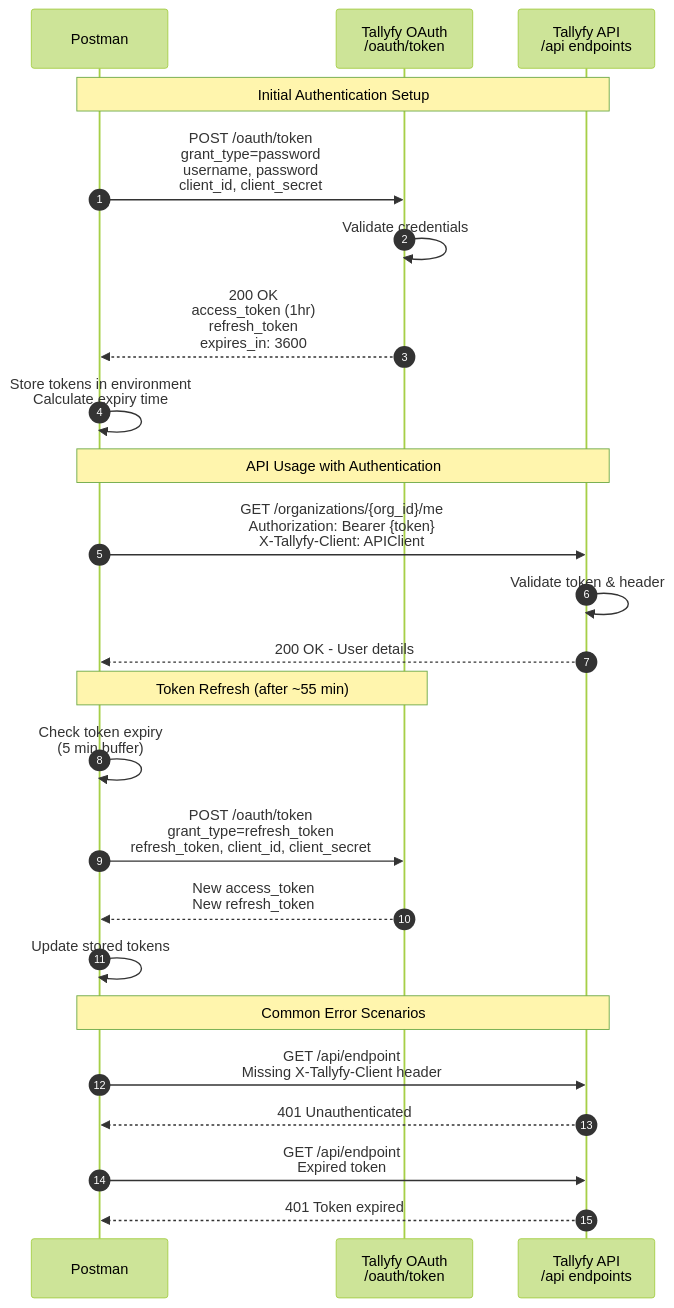
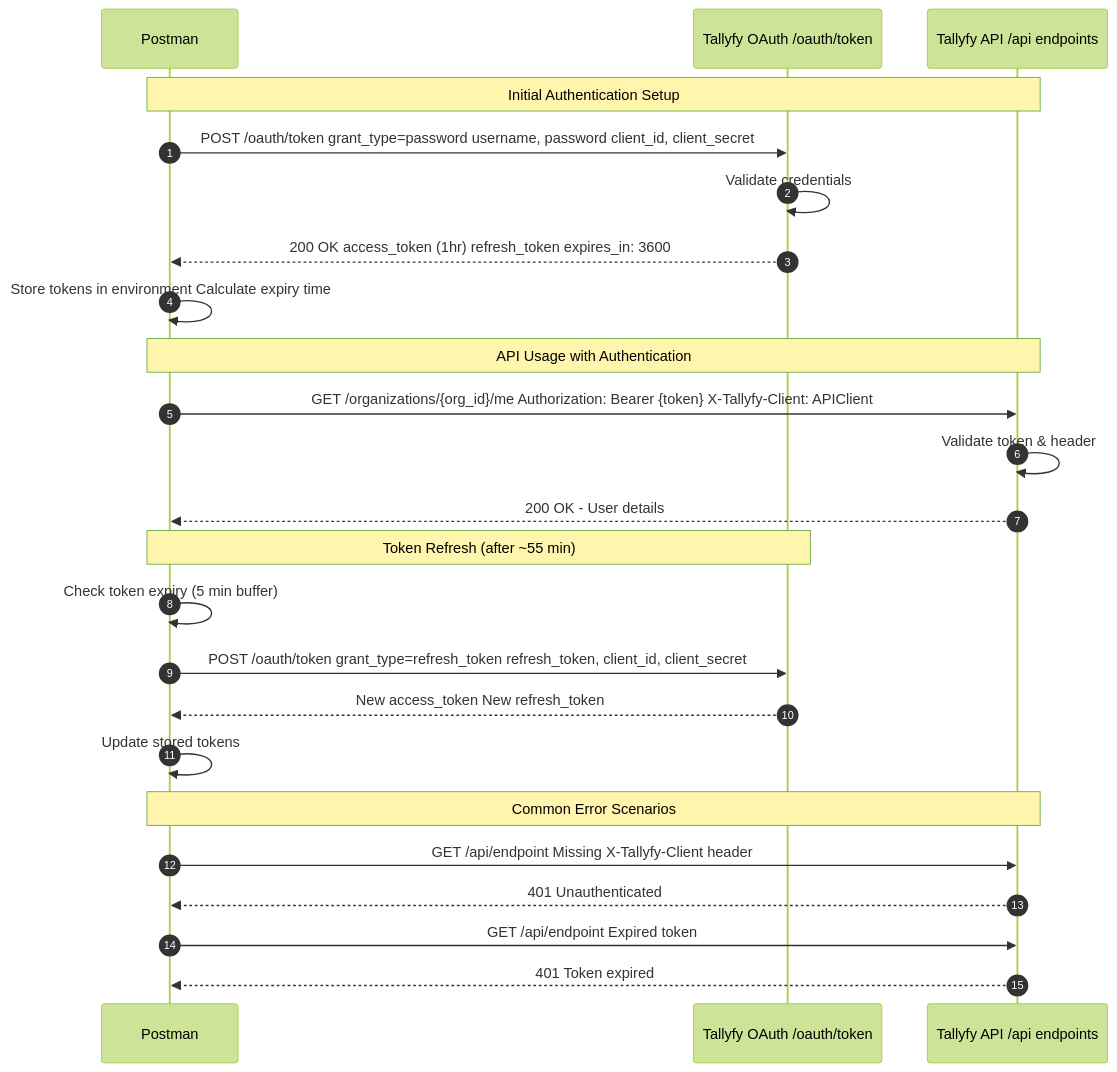
Before and after one commit to tallyfy/documentation: the diagram in src/content/docs/pro/integrations/open-api/api-clients/postman/authentication-setup.mdx, drawn with Mermaid. The commit also changed 46 other files, not shown here.

Commit message:
Update Mermaid notation

````diff
--- a/src/content/docs/pro/integrations/open-api/api-clients/postman/authentication-setup.mdx
+++ b/src/content/docs/pro/integrations/open-api/api-clients/postman/authentication-setup.mdx
@@ -105,37 +105,37 @@
 ```mermaid
 %%{init: {'theme':'forest'}}%%
 sequenceDiagram
-    autonumber
-    participant P as Postman
-    participant O as Tallyfy OAuth<br/>/oauth/token
-    participant A as Tallyfy API<br/>/api endpoints
-    
-    Note over P,A: Initial Authentication Setup
-    
-    P->>O: POST /oauth/token<br/>grant_type=password<br/>username, password<br/>client_id, client_secret
-    O->>O: Validate credentials
-    O-->>P: 200 OK<br/>access_token (1hr)<br/>refresh_token<br/>expires_in: 3600
-    
-    P->>P: Store tokens in environment<br/>Calculate expiry time
-    
-    Note over P,A: API Usage with Authentication
-    
-    P->>A: GET /organizations/{org_id}/me<br/>Authorization: Bearer {token}<br/>X-Tallyfy-Client: APIClient
-    A->>A: Validate token & header
-    A-->>P: 200 OK - User details
-    
-    Note over P,O: Token Refresh (after ~55 min)
-    
-    P->>P: Check token expiry<br/>(5 min buffer)
-    P->>O: POST /oauth/token<br/>grant_type=refresh_token<br/>refresh_token, client_id, client_secret
-    O-->>P: New access_token<br/>New refresh_token
-    P->>P: Update stored tokens
-    
-    Note over P,A: Common Error Scenarios
-    
-    P->>A: GET /api/endpoint<br/>Missing X-Tallyfy-Client header
-    A-->>P: 401 Unauthenticated
-    
-    P->>A: GET /api/endpoint<br/>Expired token
-    A-->>P: 401 Token expired
+ autonumber
+ participant P as Postman
+ participant O as Tallyfy OAuth /oauth/token
+ participant A as Tallyfy API /api endpoints
+ 
+ Note over P,A: Initial Authentication Setup
+ 
+ P->>O: POST /oauth/token grant_type=password username, password client_id, client_secret
+ O->>O: Validate credentials
+ O-->>P: 200 OK access_token (1hr) refresh_token expires_in: 3600
+ 
+ P->>P: Store tokens in environment Calculate expiry time
+ 
+ Note over P,A: API Usage with Authentication
+ 
+ P->>A: GET /organizations/{org_id}/me Authorization: Bearer {token} X-Tallyfy-Client: APIClient
+ A->>A: Validate token & header
+ A-->>P: 200 OK - User details
+ 
+ Note over P,O: Token Refresh (after ~55 min)
+ 
+ P->>P: Check token expiry (5 min buffer)
+ P->>O: POST /oauth/token grant_type=refresh_token refresh_token, client_id, client_secret
+ O-->>P: New access_token New refresh_token
+ P->>P: Update stored tokens
+ 
+ Note over P,A: Common Error Scenarios
+ 
+ P->>A: GET /api/endpoint Missing X-Tallyfy-Client header
+ A-->>P: 401 Unauthenticated
+ 
+ P->>A: GET /api/endpoint Expired token
+ A-->>P: 401 Token expired
 ```
````
